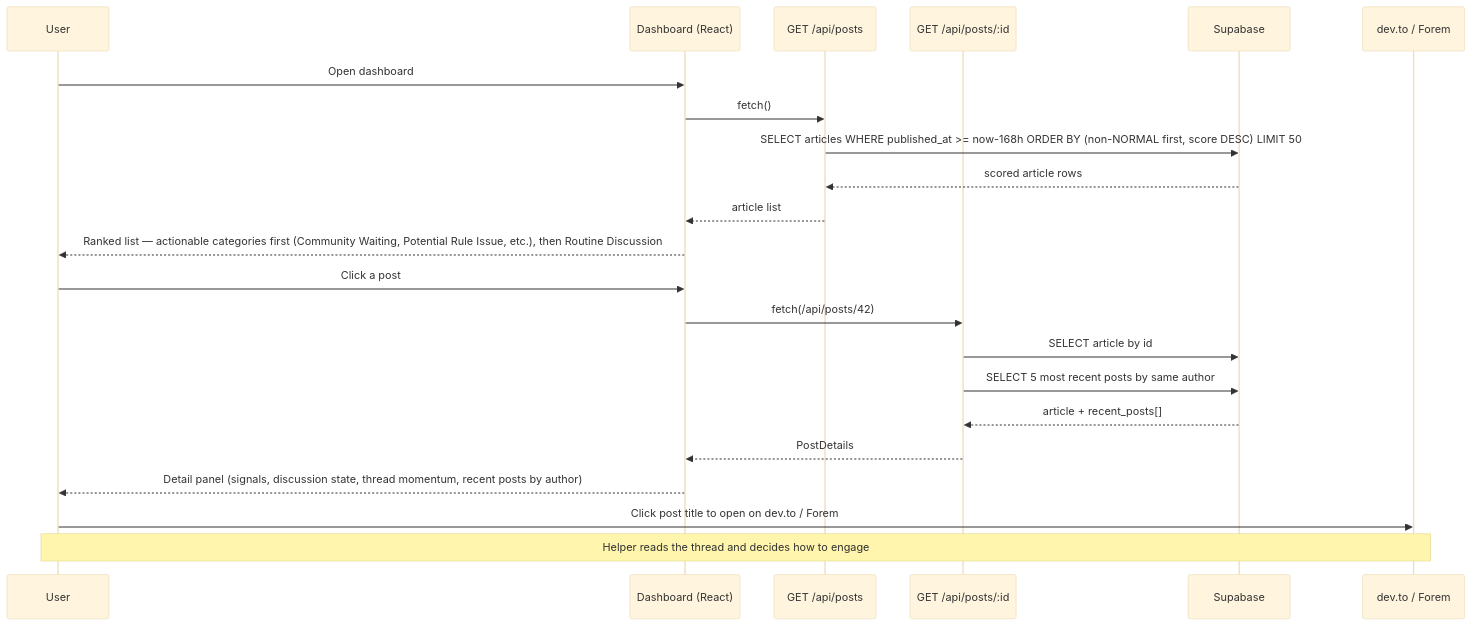
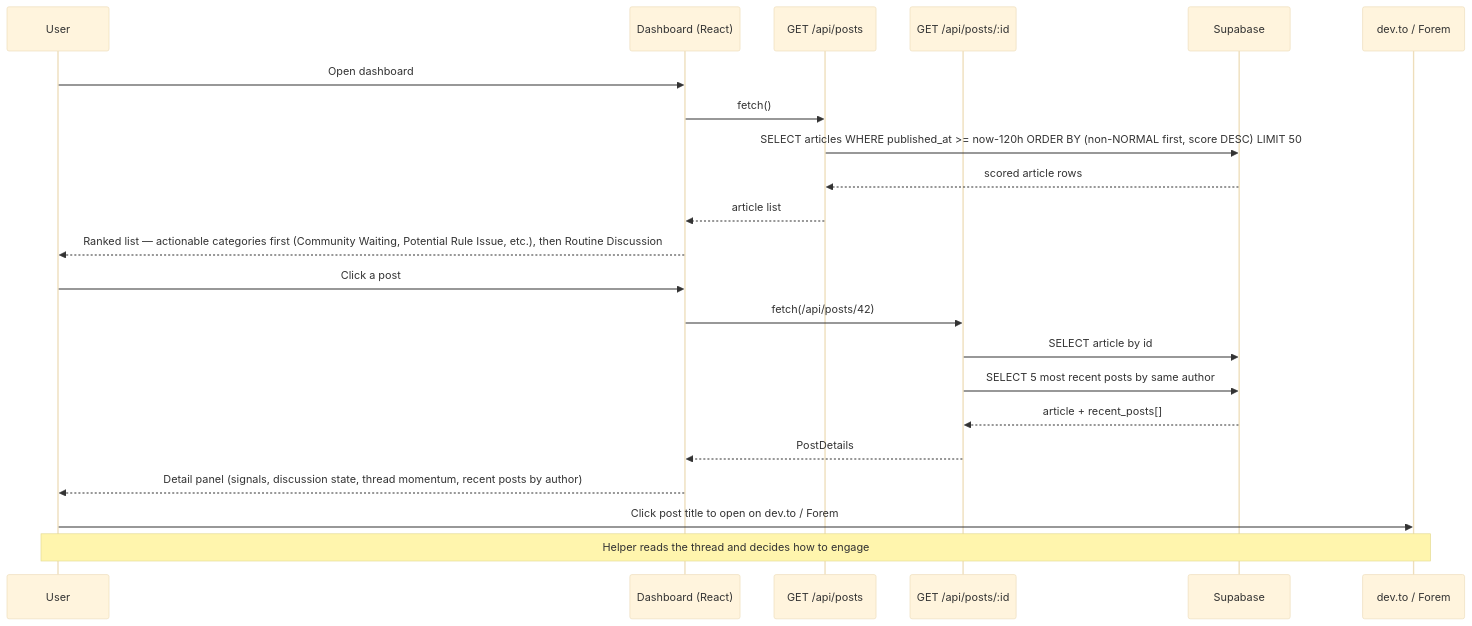
Before and after one commit to ChecKMarKDevTools/dev-community-dashboard: the third of 3 diagrams in README.md, drawn with Mermaid (base theme). The commit also changed other lines of this file, not shown here.

````diff
--- a/README.md
+++ b/README.md
@@ -73,27 +73,27 @@
 ```mermaid
 sequenceDiagram
   participant U as User
   participant D as Dashboard (React)
   participant Posts as GET /api/posts
   participant Detail as GET /api/posts/:id
   participant SB as Supabase
   participant F as dev.to / Forem
 
   U->>D: Open dashboard
   D->>Posts: fetch()
-  Posts->>SB: SELECT articles WHERE published_at >= now-168h ORDER BY (non-NORMAL first, score DESC) LIMIT 50
+  Posts->>SB: SELECT articles WHERE published_at >= now-120h ORDER BY (non-NORMAL first, score DESC) LIMIT 50
   SB-->>Posts: scored article rows
   Posts-->>D: article list
   D-->>U: Ranked list — actionable categories first (Community Waiting, Potential Rule Issue, etc.), then Routine Discussion
 
   U->>D: Click a post
   D->>Detail: fetch(/api/posts/42)
   Detail->>SB: SELECT article by id
   Detail->>SB: SELECT 5 most recent posts by same author
   SB-->>Detail: article + recent_posts[]
   Detail-->>D: PostDetails
   D-->>U: Detail panel (signals, discussion state, thread momentum, recent posts by author)
 
   U->>F: Click post title to open on dev.to / Forem
   Note over U,F: Helper reads the thread and decides how to engage
 ```
````
